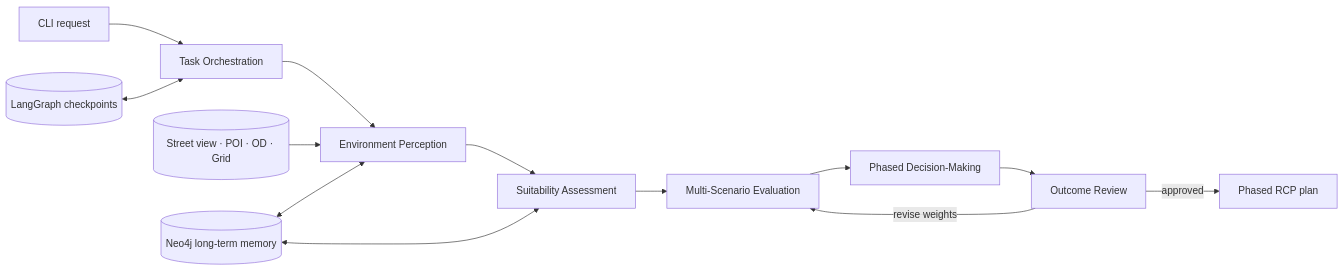
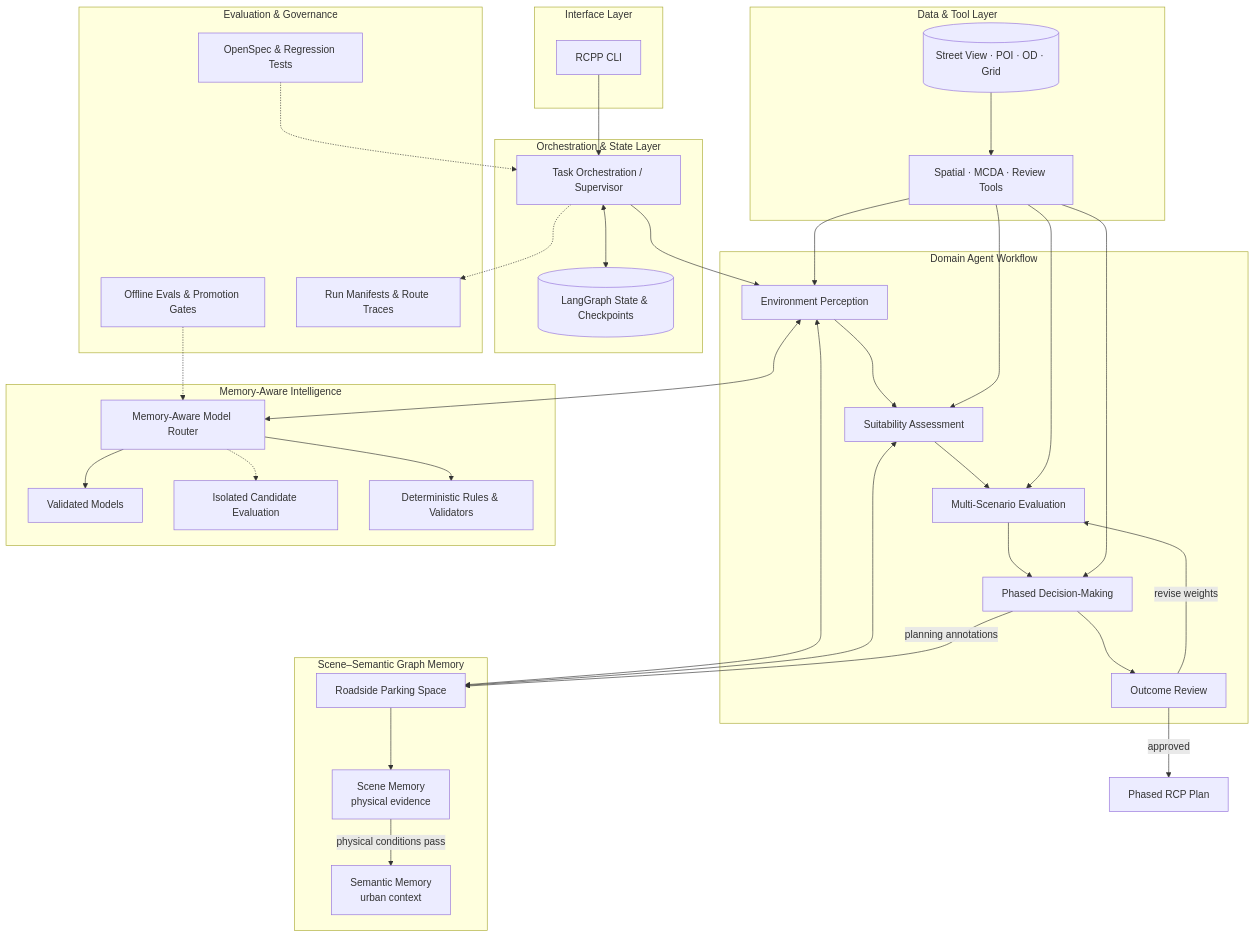
One commit to NNUSCENSLAB/RCPP-Agent changed the diagram in README.md. Above: the diagram before and after it, drawn with Mermaid.

Commit message:
docs: improve architecture diagram layout

````diff
--- a/README.md
+++ b/README.md
@@ -125,16 +125,64 @@
 ```mermaid
-flowchart LR
-    U["CLI request"] --> O["Task Orchestration"]
-    O --> P["Environment Perception"]
-    P --> S["Suitability Assessment"]
-    S --> M["Multi-Scenario Evaluation"]
-    M --> D["Phased Decision-Making"]
-    D --> R["Outcome Review"]
-    R -->|revise weights| M
-    R -->|approved| X["Phased RCP plan"]
+flowchart TB
+    subgraph INTERFACE["Interface Layer"]
+        CLI["RCPP CLI"]
+    end
 
-    E[("Street view · POI · OD · Grid")] --> P
-    G[("Neo4j long-term memory")] <--> P
-    G <--> S
-    C[("LangGraph checkpoints")] <--> O
+    subgraph ORCHESTRATION["Orchestration & State Layer"]
+        SUP["Task Orchestration / Supervisor"]
+        STATE[("LangGraph State & Checkpoints")]
+        SUP <--> STATE
+    end
+
+    subgraph WORKFLOW["Domain Agent Workflow"]
+        EP["Environment Perception"] --> SA["Suitability Assessment"]
+        SA --> ME["Multi-Scenario Evaluation"]
+        ME --> PD["Phased Decision-Making"]
+        PD --> RV["Outcome Review"]
+        RV -->|revise weights| ME
+    end
+
+    subgraph INTELLIGENCE["Memory-Aware Intelligence"]
+        ROUTER["Memory-Aware Model Router"]
+        PROD["Validated Models"]
+        CANDIDATE["Isolated Candidate Evaluation"]
+        RULES["Deterministic Rules & Validators"]
+        ROUTER --> PROD
+        ROUTER -.-> CANDIDATE
+        ROUTER --> RULES
+    end
+
+    subgraph MEMORY["Scene–Semantic Graph Memory"]
+        RPS["Roadside Parking Space"]
+        SCENE["Scene Memory<br/>physical evidence"]
+        SEMANTIC["Semantic Memory<br/>urban context"]
+        RPS --> SCENE
+        SCENE -->|physical conditions pass| SEMANTIC
+    end
+
+    subgraph DATA["Data & Tool Layer"]
+        SOURCES[("Street View · POI · OD · Grid")]
+        TOOLS["Spatial · MCDA · Review Tools"]
+        SOURCES --> TOOLS
+    end
+
+    subgraph GOVERNANCE["Evaluation & Governance"]
+        EVAL["Offline Evals & Promotion Gates"]
+        SPEC["OpenSpec & Regression Tests"]
+        TRACE["Run Manifests & Route Traces"]
+    end
+
+    CLI --> SUP --> EP
+    EP <--> ROUTER
+    EP <--> RPS
+    SA <--> RPS
+    TOOLS --> EP
+    TOOLS --> SA
+    TOOLS --> ME
+    TOOLS --> PD
+    PD -->|planning annotations| RPS
+    RV -->|approved| OUT["Phased RCP Plan"]
+    EVAL -.-> ROUTER
+    SPEC -.-> SUP
+    SUP -.-> TRACE
 ```
````
